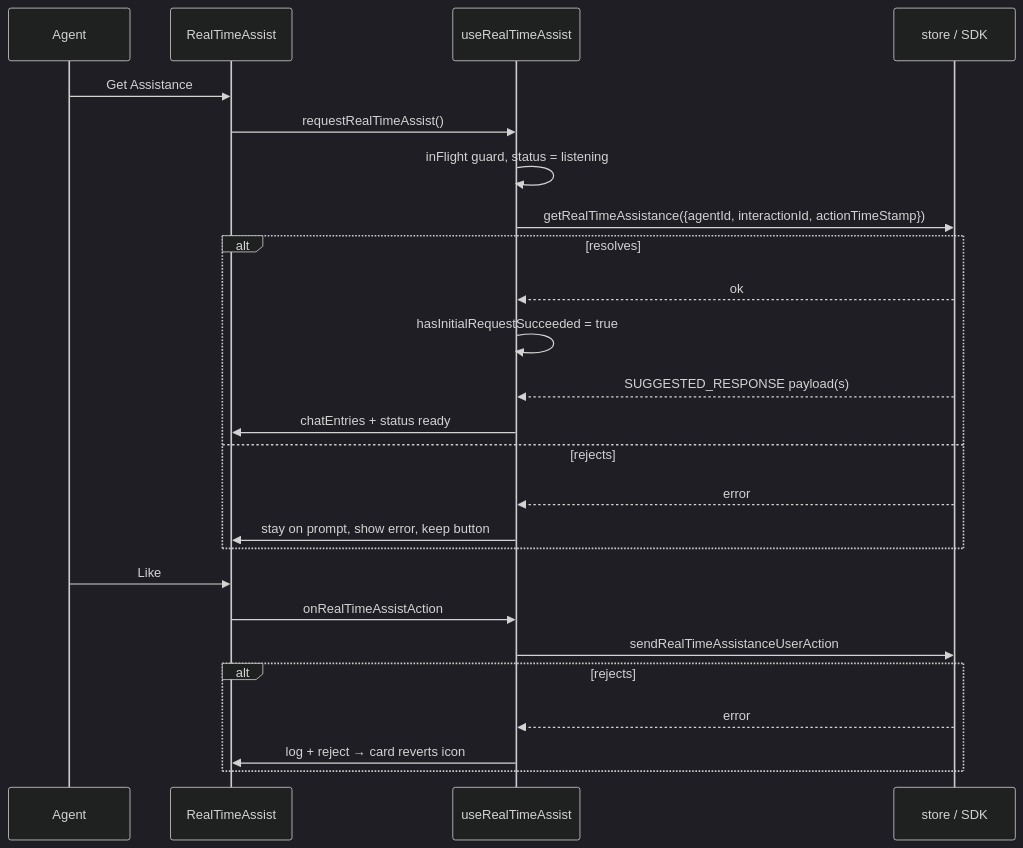
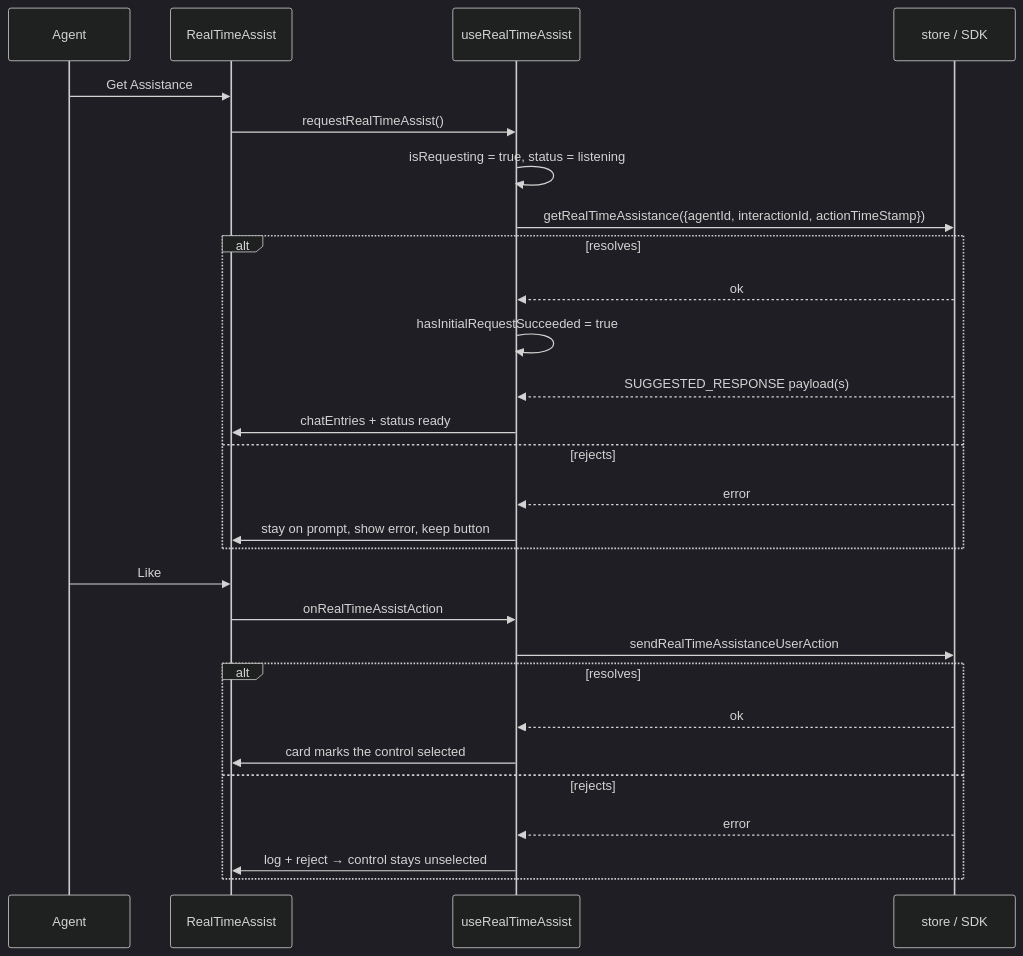
The second of 2 diagrams in packages/contact-center/ai-assistant/ai-docs/ai-assistant-spec.md (webex/widgets), drawn with Mermaid (dark theme) before and after one commit. The commit also changed other lines of this file and 17 other files, not shown here.

````diff
--- a/packages/contact-center/ai-assistant/ai-docs/ai-assistant-spec.md
+++ b/packages/contact-center/ai-assistant/ai-docs/ai-assistant-spec.md
@@ -136,29 +136,32 @@
 ```mermaid
 sequenceDiagram
     participant A as Agent
     participant UI as RealTimeAssist
     participant H as useRealTimeAssist
     participant S as store / SDK
 
     A->>UI: Get Assistance
     UI->>H: requestRealTimeAssist()
-    H->>H: inFlight guard, status = listening
+    H->>H: isRequesting = true, status = listening
     H->>S: getRealTimeAssistance({agentId, interactionId, actionTimeStamp})
     alt resolves
         S-->>H: ok
         H->>H: hasInitialRequestSucceeded = true
         S-->>H: SUGGESTED_RESPONSE payload(s)
         H->>UI: chatEntries + status ready
     else rejects
         S-->>H: error
         H->>UI: stay on prompt, show error, keep button
     end
 
     A->>UI: Like
     UI->>H: onRealTimeAssistAction
     H->>S: sendRealTimeAssistanceUserAction
-    alt rejects
+    alt resolves
+        S-->>H: ok
+        H->>UI: card marks the control selected
+    else rejects
         S-->>H: error
-        H->>UI: log + reject → card reverts icon
+        H->>UI: log + reject → control stays unselected
     end
 ```
````
